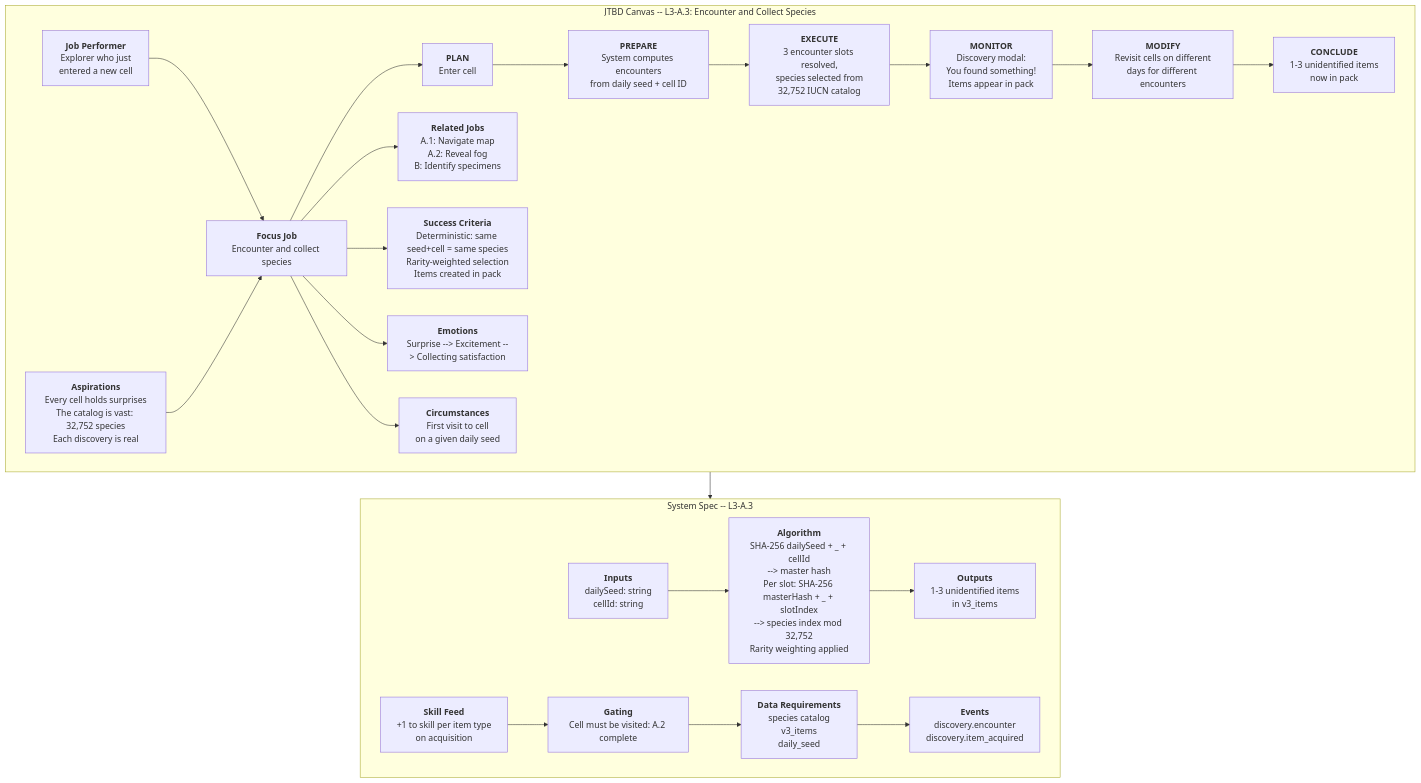
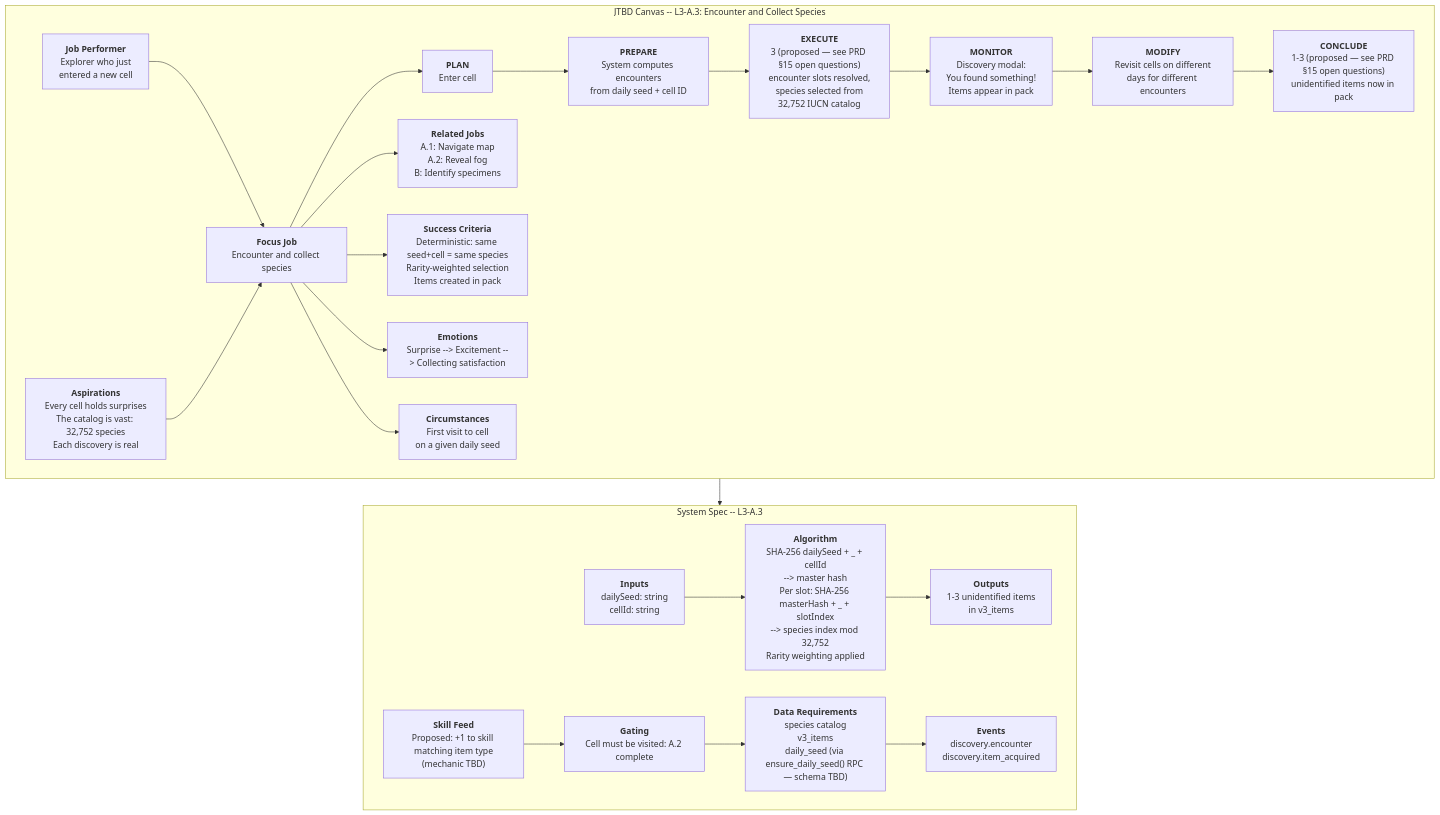
The diagram in docs/diagrams/problem/a3-encounter-collect.mmd (JMLegere/geo-app), drawn with Mermaid before and after one commit. The commit also changed 27 other files, not shown here.

```diff
--- a/docs/diagrams/problem/a3-encounter-collect.mmd
+++ b/docs/diagrams/problem/a3-encounter-collect.mmd
@@ -1,43 +1,43 @@
 flowchart TD
     subgraph JTBD["JTBD Canvas -- L3-A.3: Encounter and Collect Species"]
         JP["<b>Job Performer</b><br/>Explorer who just<br/>entered a new cell"]
         ASP["<b>Aspirations</b><br/>Every cell holds surprises<br/>The catalog is vast: 32,752 species<br/>Each discovery is real"]
         FJ["<b>Focus Job</b><br/>Encounter and collect species"]
         RJ["<b>Related Jobs</b><br/>A.1: Navigate map<br/>A.2: Reveal fog<br/>B: Identify specimens"]
         PLAN["<b>PLAN</b><br/>Enter cell"]
         PREPARE["<b>PREPARE</b><br/>System computes encounters<br/>from daily seed + cell ID"]
-        EXECUTE["<b>EXECUTE</b><br/>3 encounter slots resolved,<br/>species selected from<br/>32,752 IUCN catalog"]
+        EXECUTE["<b>EXECUTE</b><br/>3 (proposed — see PRD §15 open questions)<br/>encounter slots resolved,<br/>species selected from<br/>32,752 IUCN catalog"]
         MONITOR["<b>MONITOR</b><br/>Discovery modal:<br/>You found something!<br/>Items appear in pack"]
         MODIFY["<b>MODIFY</b><br/>Revisit cells on different<br/>days for different encounters"]
-        CONCLUDE["<b>CONCLUDE</b><br/>1-3 unidentified items<br/>now in pack"]
+        CONCLUDE["<b>CONCLUDE</b><br/>1-3 (proposed — see PRD §15 open questions)<br/>unidentified items now in pack"]
         SC["<b>Success Criteria</b><br/>Deterministic: same seed+cell = same species<br/>Rarity-weighted selection<br/>Items created in pack"]
         EM["<b>Emotions</b><br/>Surprise --> Excitement --> Collecting satisfaction"]
         CIRC["<b>Circumstances</b><br/>First visit to cell<br/>on a given daily seed"]
 
         JP --> FJ
         ASP --> FJ
         FJ --> PLAN
         PLAN --> PREPARE --> EXECUTE --> MONITOR --> MODIFY --> CONCLUDE
         FJ --> RJ
         FJ --> SC
         FJ --> EM
         FJ --> CIRC
     end
 
     subgraph SystemSpec["System Spec -- L3-A.3"]
         IN["<b>Inputs</b><br/>dailySeed: string<br/>cellId: string"]
         OUT["<b>Outputs</b><br/>1-3 unidentified items<br/>in v3_items"]
         ALG["<b>Algorithm</b><br/>SHA-256 dailySeed + _ + cellId<br/>--> master hash<br/>Per slot: SHA-256 masterHash + _ + slotIndex<br/>--> species index mod 32,752<br/>Rarity weighting applied"]
-        SF["<b>Skill Feed</b><br/>+1 to skill per item type<br/>on acquisition"]
+        SF["<b>Skill Feed</b><br/>Proposed: +1 to skill matching item type<br/>(mechanic TBD)"]
         GT["<b>Gating</b><br/>Cell must be visited: A.2 complete"]
-        DR["<b>Data Requirements</b><br/>species catalog<br/>v3_items<br/>daily_seed"]
+        DR["<b>Data Requirements</b><br/>species catalog<br/>v3_items<br/>daily_seed (via ensure_daily_seed() RPC — schema TBD)"]
         EV["<b>Events</b><br/>discovery.encounter<br/>discovery.item_acquired"]
 
         IN --> ALG
         ALG --> OUT
         SF --> GT
         GT --> DR
         DR --> EV
     end
 
     JTBD --> SystemSpec
```
